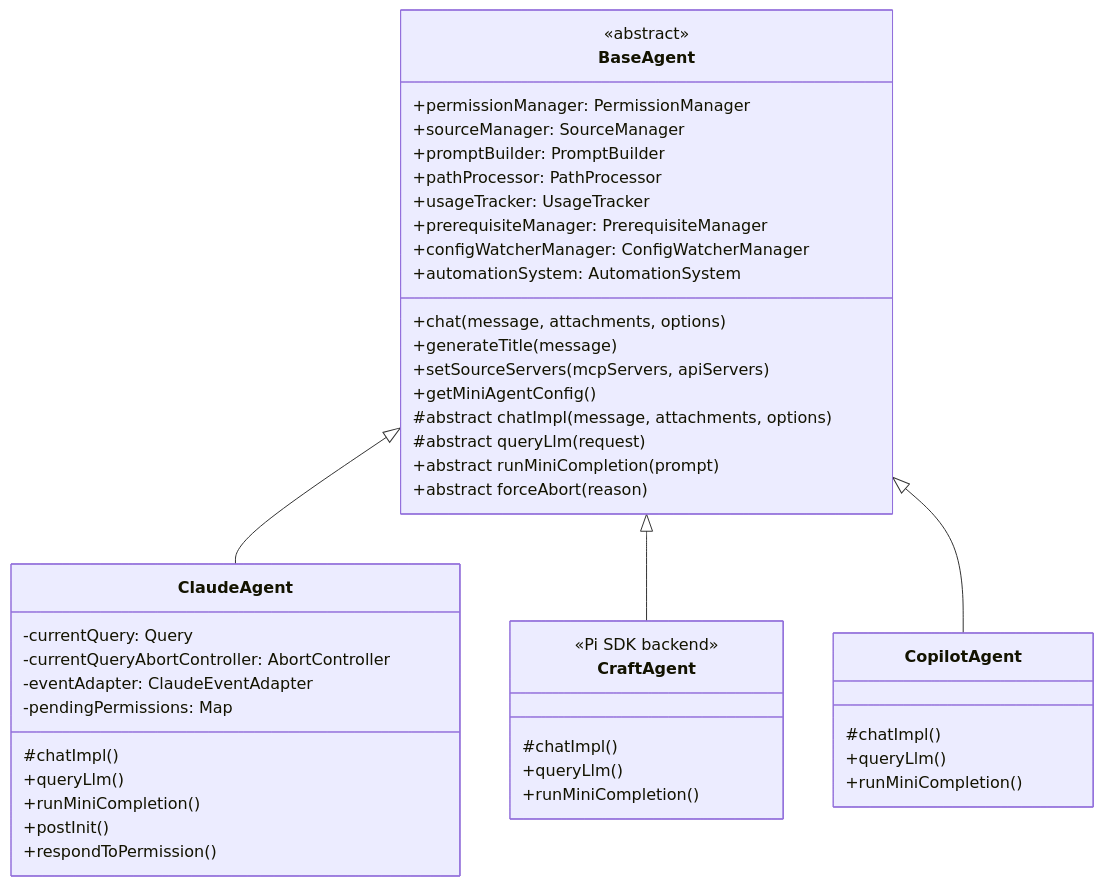
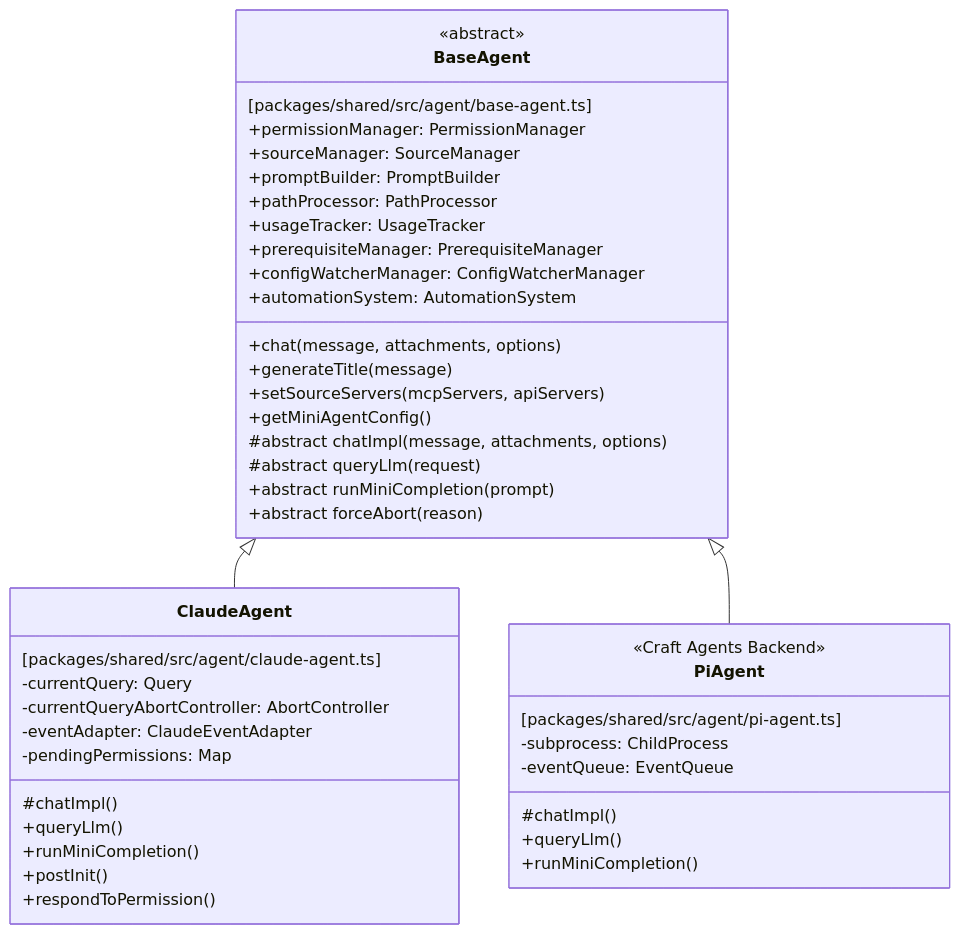
The first of 4 diagrams in docs/lukilabs_craft-agents-oss/architecture/agent-system.md (blackcater/zentree), drawn with Mermaid before and after one commit. The commit also changed other lines of this file and 232 other files, not shown here.

````diff
--- a/docs/lukilabs_craft-agents-oss/architecture/agent-system.md
+++ b/docs/lukilabs_craft-agents-oss/architecture/agent-system.md
@@ -25,51 +29,49 @@
 ```mermaid
 classDiagram
     class BaseAgent {
         <<abstract>>
+        [packages/shared/src/agent/base-agent.ts]
         +permissionManager: PermissionManager
         +sourceManager: SourceManager
         +promptBuilder: PromptBuilder
         +pathProcessor: PathProcessor
         +usageTracker: UsageTracker
         +prerequisiteManager: PrerequisiteManager
         +configWatcherManager: ConfigWatcherManager
         +automationSystem: AutomationSystem
         +chat(message, attachments, options)
         +generateTitle(message)
         +setSourceServers(mcpServers, apiServers)
         +getMiniAgentConfig()
         #abstract chatImpl(message, attachments, options)
         #abstract queryLlm(request)
         +abstract runMiniCompletion(prompt)
         +abstract forceAbort(reason)
     }
 
     class ClaudeAgent {
+        [packages/shared/src/agent/claude-agent.ts]
         -currentQuery: Query
         -currentQueryAbortController: AbortController
         -eventAdapter: ClaudeEventAdapter
         -pendingPermissions: Map
         #chatImpl()
         +queryLlm()
         +runMiniCompletion()
         +postInit()
         +respondToPermission()
     }
 
-    class CraftAgent {
-        <<Pi SDK backend>>
-        #chatImpl()
-        +queryLlm()
-        +runMiniCompletion()
-    }
-
-    class CopilotAgent {
+    class PiAgent {
+        [packages/shared/src/agent/pi-agent.ts]
+        <<Craft Agents Backend>>
+        -subprocess: ChildProcess
+        -eventQueue: EventQueue
         #chatImpl()
         +queryLlm()
         +runMiniCompletion()
     }
 
     BaseAgent <|-- ClaudeAgent
-    BaseAgent <|-- CraftAgent
-    BaseAgent <|-- CopilotAgent
+    BaseAgent <|-- PiAgent
 ```
````
